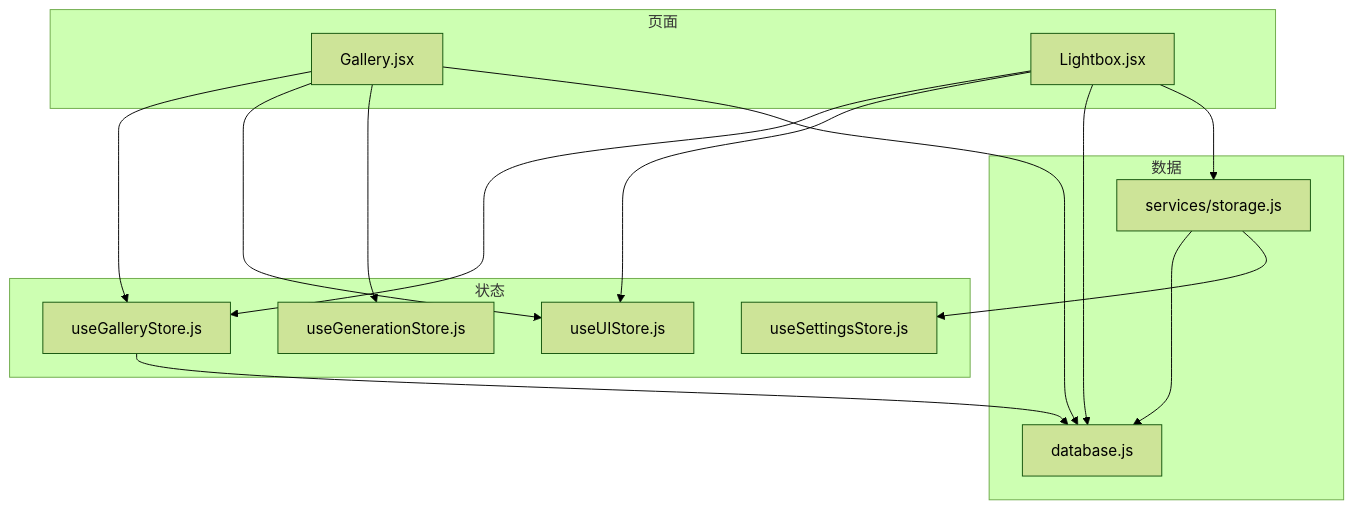
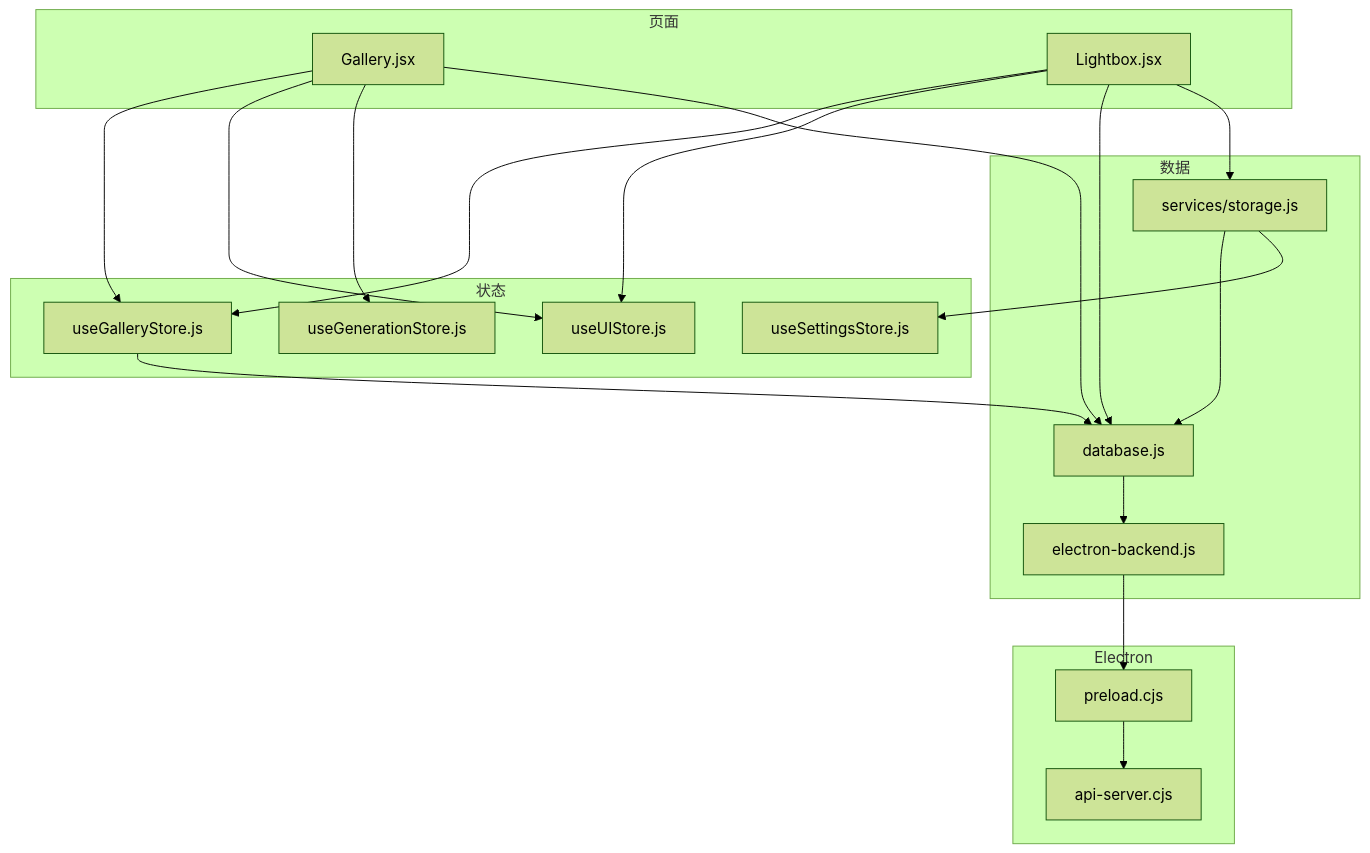
The first of 10 diagrams in .qoder/repowiki/zh/content/架构设计/组件层次结构/页面组件架构/图库页面 (Gallery).md (AlbusWei/AI-Image-Studio), drawn with Mermaid (forest theme) before and after one commit. The commit also changed other lines of this file and 26 other files, not shown here.

Commit message:
fix: 修复 Gallery 图片显示 broken image 问题

````diff
--- a/.qoder/repowiki/zh/content/架构设计/组件层次结构/页面组件架构/图库页面 (Gallery).md
+++ b/.qoder/repowiki/zh/content/架构设计/组件层次结构/页面组件架构/图库页面 (Gallery).md
@@ -45,28 +58,36 @@
 ```mermaid
 graph TB
 subgraph "页面"
 G["Gallery.jsx"]
 LB["Lightbox.jsx"]
 end
 subgraph "状态"
 GS["useGalleryStore.js"]
 UI["useUIStore.js"]
 GEN["useGenerationStore.js"]
 SET["useSettingsStore.js"]
 end
 subgraph "数据"
 DB["database.js"]
+EB["electron-backend.js"]
 ST["services/storage.js"]
+end
+subgraph "Electron"
+PRE["preload.cjs"]
+API["api-server.cjs"]
 end
 G --> GS
 G --> UI
 G --> GEN
 G --> DB
 LB --> GS
 LB --> UI
 LB --> DB
 LB --> ST
 GS --> DB
 ST --> DB
 ST --> SET
+DB --> EB
+EB --> PRE
+PRE --> API
 ```
````
